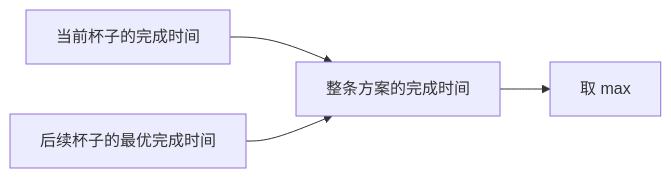
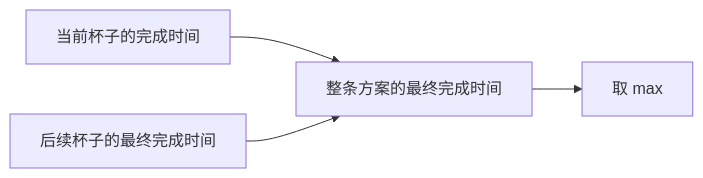
The third of 3 diagrams in my-notes/06-递归与DP/13-暴力递归到动态规划2-尝试模型/15-尝试模型4-寻找业务限制-咖啡杯清洗问题.md (freeedoooooo/algs), drawn with Mermaid before and after one commit. The commit also changed other lines of this file, not shown here.

````diff
--- a/my-notes/06-递归与DP/13-暴力递归到动态规划2-尝试模型/15-尝试模型4-寻找业务限制-咖啡杯清洗问题.md
+++ b/my-notes/06-递归与DP/13-暴力递归到动态规划2-尝试模型/15-尝试模型4-寻找业务限制-咖啡杯清洗问题.md
@@ -72,6 +69,6 @@
 ```mermaid
 graph LR
-    A["当前杯子的完成时间"] --> C["整条方案的完成时间"]
-    B["后续杯子的最优完成时间"] --> C
+    A["当前杯子的完成时间"] --> C["整条方案的最终完成时间"]
+    B["后续杯子的最终完成时间"] --> C
     C --> D["取 max"]
 ```
````
